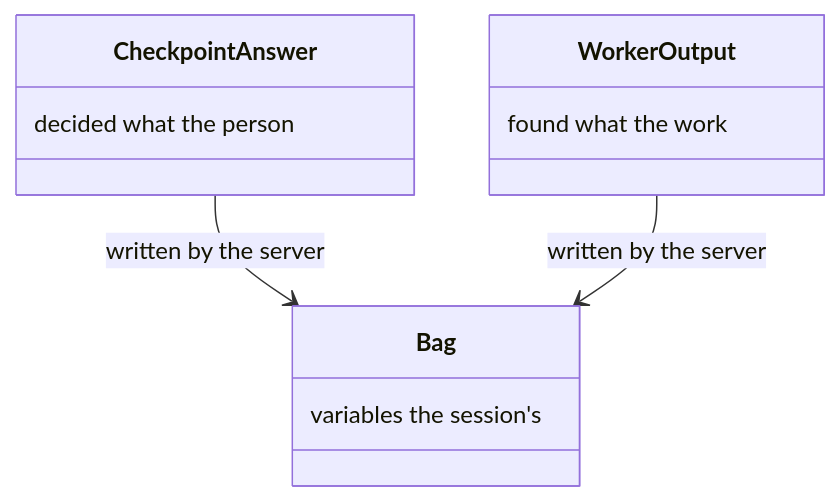
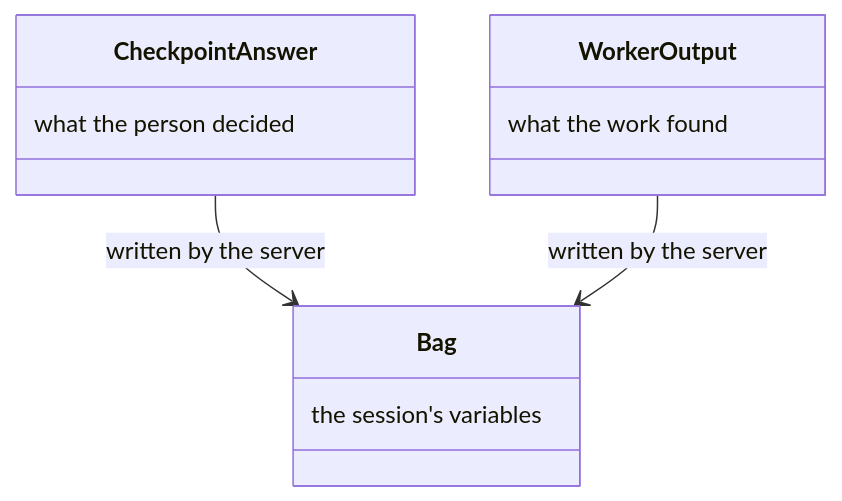
One commit to m2ux/workflow-server changed diagram 12 of 36 in docs/state.md. Above: the diagram before and after it, drawn with Mermaid. The commit also changed other lines of this file and 10 other files, not shown here.

Commit message:
Write each class-box note in reading order so the diagram shows the phrase as written.

````diff
--- a/docs/state.md
+++ b/docs/state.md
@@ -197,14 +197,14 @@
 ```mermaid
 classDiagram
   class Bag {
-    variables the session's
+    the session's variables
   }
   class CheckpointAnswer {
-    decided what the person
+    what the person decided
   }
   class WorkerOutput {
-    found what the work
+    what the work found
   }
   CheckpointAnswer --> Bag : written by the server
   WorkerOutput --> Bag : written by the server
 ```
````
